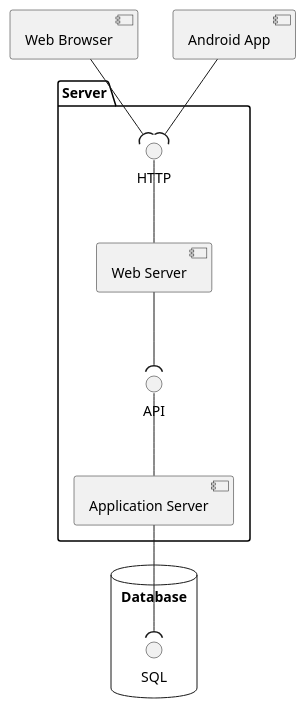
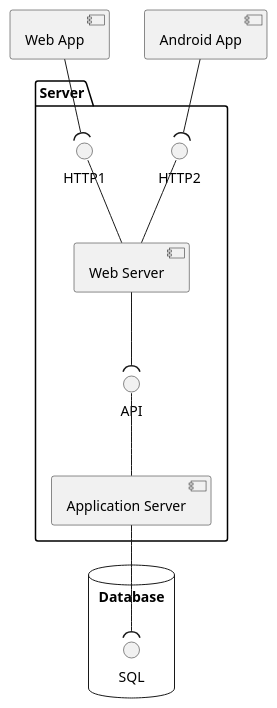
Before and after one commit to henrikarro/coursera-software-architecture: the diagram in module-1/SharingApp-c3-codebase/diagrams/component-diagram.puml, drawn with PlantUML. The commit also changed 1 other file, not shown here.

Commit message:
Updated component diagram with separate HTTP interfaces

```diff
--- a/module-1/SharingApp-c3-codebase/diagrams/component-diagram.puml
+++ b/module-1/SharingApp-c3-codebase/diagrams/component-diagram.puml
@@ -1,15 +1,16 @@
 @startuml
-[Web Browser]
+[Web App]
 [Android App]
 package "Server" {
-  HTTP -- [Web Server]
-  API -- [Application Server]
+    HTTP1 -- [Web Server]
+    HTTP2 -- [Web Server]
+    API -- [Application Server]
 }
 database "Database" {
-  interface SQL
+    interface SQL
 }
-[Android App] --( HTTP
-[Web Browser] --( HTTP
+[Android App] --( HTTP2
+[Web App] --( HTTP1
 [Web Server] --( API
 [Application Server] --( SQL
 @enduml
```
